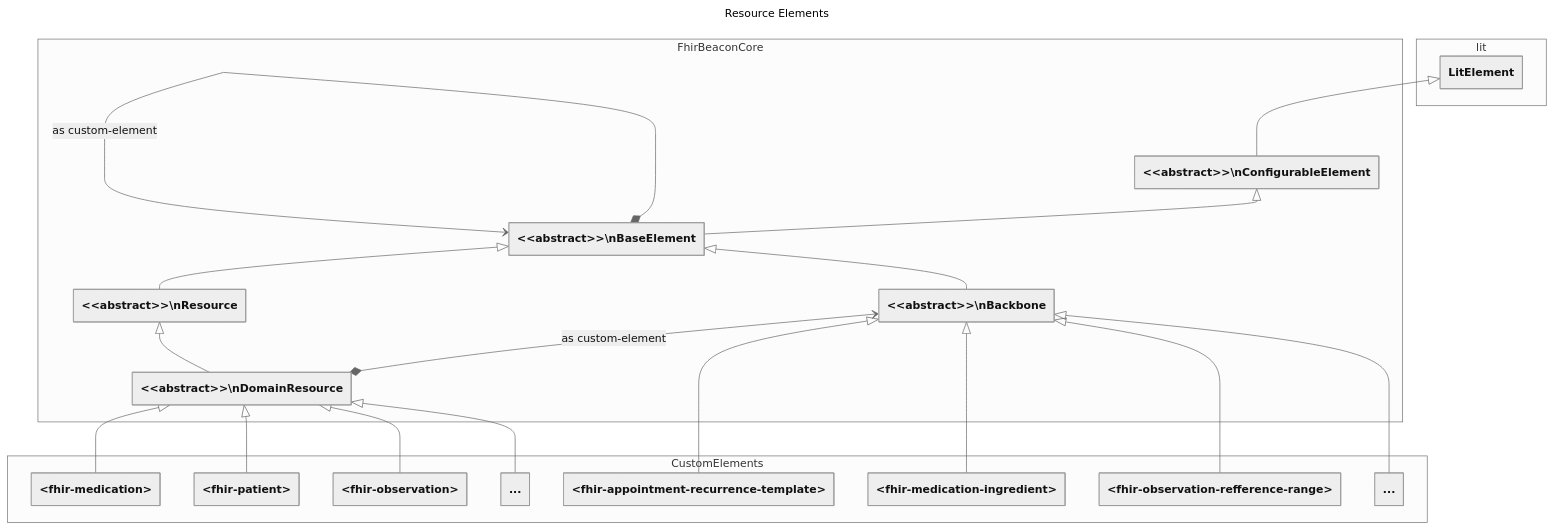
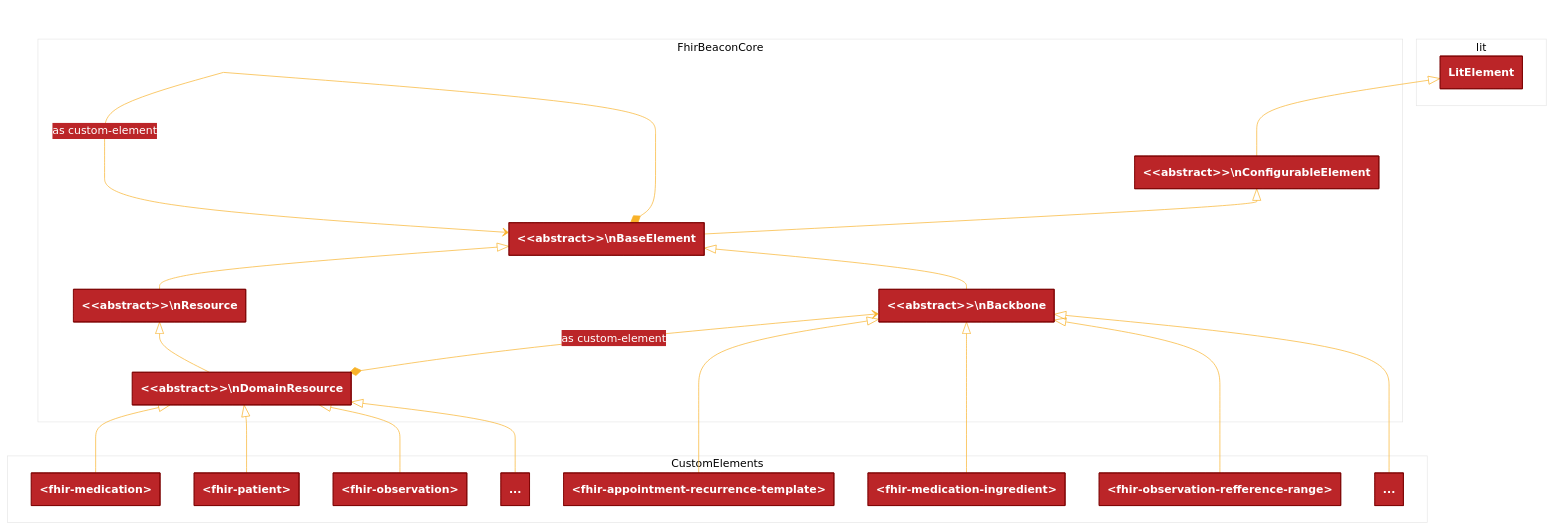
One commit to zenwork/fhir-beacon changed the fourth of 5 diagrams in packages/library/docs/model.md. Above: the diagram before and after it, drawn with Mermaid. The commit also changed other lines of this file, not shown here.

````diff
--- a/packages/library/docs/model.md
+++ b/packages/library/docs/model.md
@@ -120,54 +156,68 @@
 ```mermaid
 ---
 title: Resource Elements
 config:
   theme: neutral
   class:
     hideEmptyMembersBox: true
 ---
+%%{
+  init: {
+    'theme': 'base',
+    'themeVariables': {
+          'lineColor': 'blue',
+          'primaryColor': '#BB2528',
+          'primaryTextColor': '#fff',
+          'primaryBorderColor': '#7C0000',
+          'lineColor': '#F8B229',
+          'secondaryColor': '#006100',
+          'tertiaryColor': '#fff'
+    }
+  }
+}%%
 classDiagram
     direction BT
 
     namespace lit {
         class LitElement:::dep
     }
 
     namespace FhirBeaconCore {
         class ConfigurableElement["&lt;&lt;abstract&gt;&gt;\nConfigurableElement"]:::base
         class BaseElement["&lt;&lt;abstract&gt;&gt;\nBaseElement"]:::base
         class Resource["&lt;&lt;abstract&gt;&gt;\nResource"]:::base
         class DomainResource["&lt;&lt;abstract&gt;&gt;\nDomainResource"]:::base
         class Backbone["&lt;&lt;abstract&gt;&gt;\nBackbone"]:::base
     }
 
     namespace CustomElements {
         class Patient["&lt;fhir-patient&gt;"]:::res
         class Observation["&lt;fhir-observation&gt;"]:::res
         class Medication["&lt;fhir-medication&gt;"]:::res
         class Etc["..."]:::res
 
         class AppointmentRecTmplt["&lt;fhir-appointment-recurrence-template&gt;"]:::res
         class MedicationIngredient["&lt;fhir-medication-ingredient&gt;"]:::res
         class ObservationRefRange["&lt;fhir-observation-refference-range&gt;"]:::res
         class Etc3["..."]:::res
     }
 
     ConfigurableElement --|> LitElement
     BaseElement --|> ConfigurableElement
     Resource --|> BaseElement
     DomainResource --|> Resource
     Backbone --|> BaseElement
     DomainResource *--> Backbone: as custom-element
     BaseElement <--* BaseElement: as custom-element
     Medication --|> DomainResource
     Patient --|> DomainResource
     Observation --|> DomainResource
     Etc --|> DomainResource
     AppointmentRecTmplt --|> Backbone
     MedicationIngredient --|> Backbone
     ObservationRefRange --|> Backbone
     Etc3 --|> Backbone
 
 
 
 ```
````
